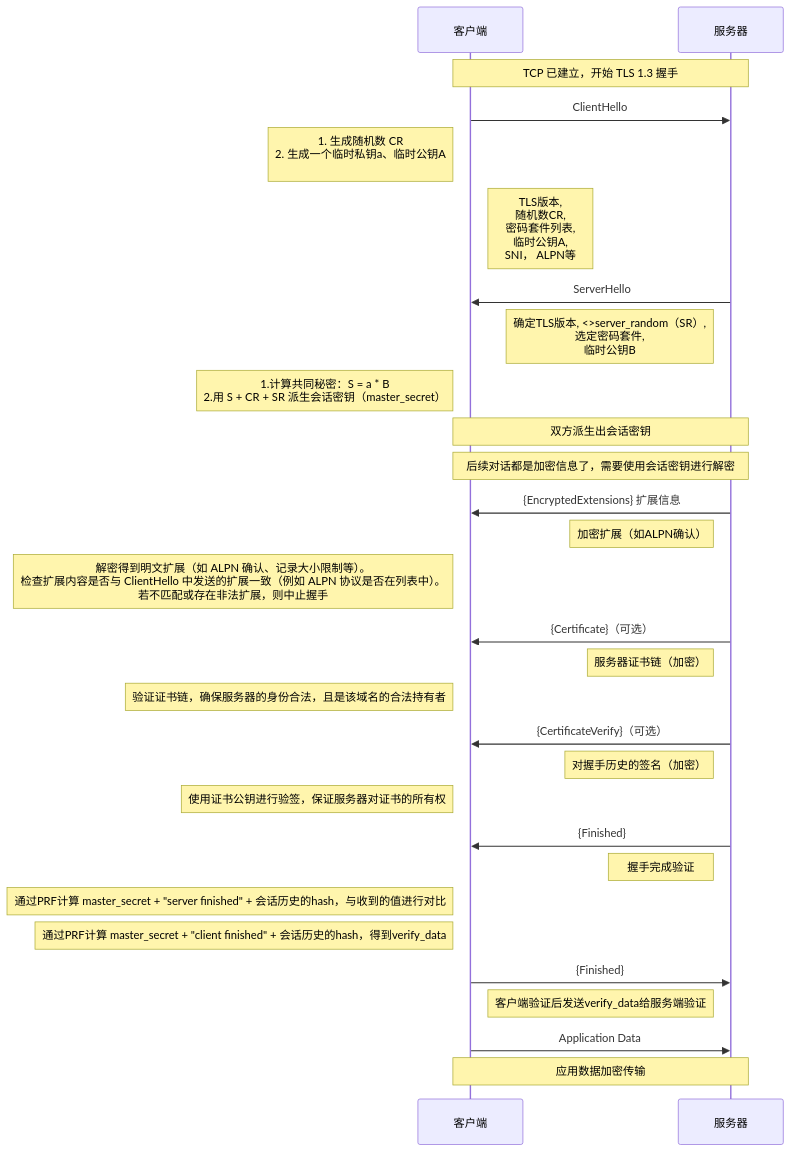
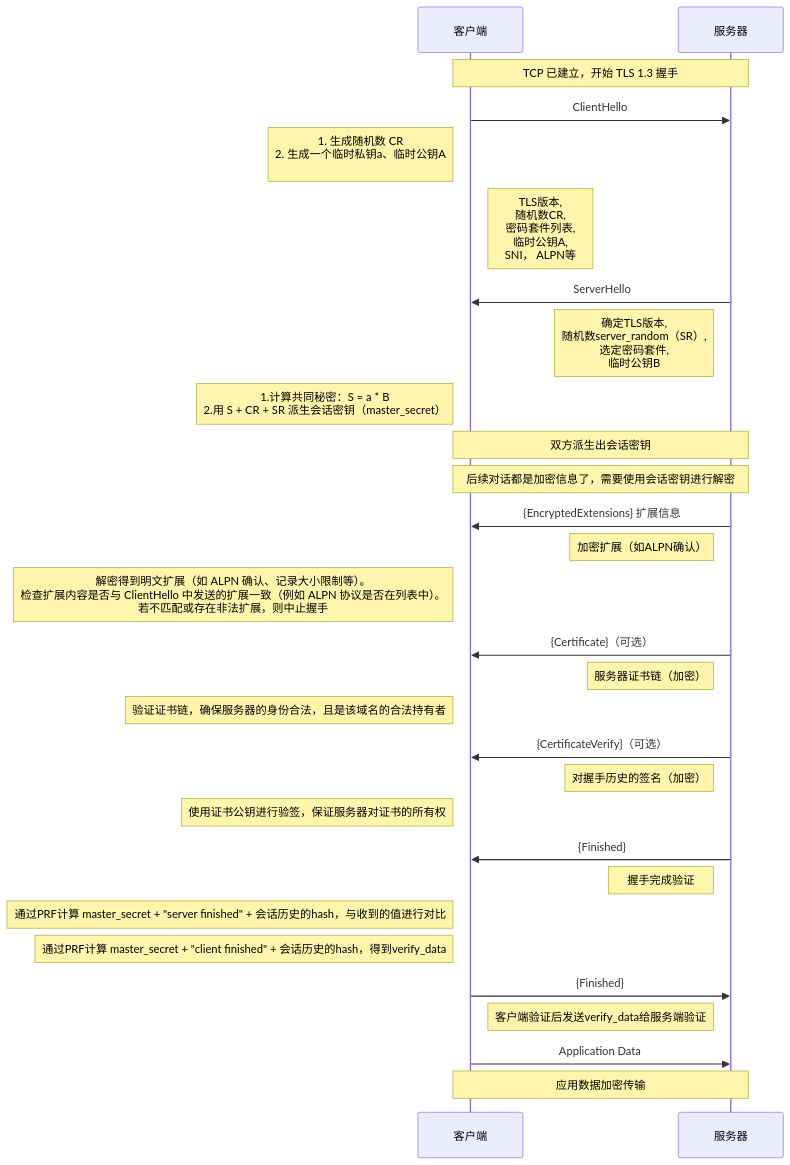
Before and after one commit to HY-10-8/iodraw-files: the diagram in all/TLS-1.3-通用.md, drawn with Mermaid.

Commit message:
2026-03-31 09:31:51 update

````diff
--- a/all/TLS-1.3-通用.md
+++ b/all/TLS-1.3-通用.md
@@ -1,41 +1,41 @@
 ```mermaid
 sequenceDiagram
     participant C as 客户端
     participant S as 服务器
 
     Note over C,S: TCP 已建立，开始 TLS 1.3 握手
 
     C->>S: ClientHello
     Note left of C: 1. 生成随机数 CR<br/> 2. 生成一个临时私钥a、临时公钥A<br/>
     Note right of C: TLS版本,<br/> 随机数CR,<br/> 密码套件列表,<br/> 临时公钥A,<br/> SNI， ALPN等
 
     S->>C: ServerHello
-    Note left of S: 确定TLS版本, <>server_random（SR）,<br/> 选定密码套件, <br/>临时公钥B
+    Note left of S: 确定TLS版本, <br/>随机数server_random（SR）,<br/> 选定密码套件, <br/>临时公钥B
     Note left of C: 1.计算共同秘密：S = a * B<br/> 2.用 S + CR + SR 派生会话密钥（master_secret）
 
     Note over C,S: 双方派生出会话密钥
     Note over C,S: 后续对话都是加密信息了，需要使用会话密钥进行解密
 
     S->>C: {EncryptedExtensions} 扩展信息
     Note left of S: 加密扩展（如ALPN确认）
     Note left of C: 解密得到明文扩展（如 ALPN 确认、记录大小限制等）。<br/>检查扩展内容是否与 ClientHello 中发送的扩展一致（例如 ALPN 协议是否在列表中）。<br/> 若不匹配或存在非法扩展，则中止握手
 
     S->>C: {Certificate}（可选）
     Note left of S: 服务器证书链（加密）
     Note left of C: 验证证书链，确保服务器的身份合法，且是该域名的合法持有者
 
     S->>C: {CertificateVerify}（可选）
     Note left of S: 对握手历史的签名（加密）
     Note left of C: 使用证书公钥进行验签，保证服务器对证书的所有权
 
     S->>C: {Finished}
     Note left of S: 握手完成验证
     Note left of C: 通过PRF计算 master_secret + "server finished" + 会话历史的hash，与收到的值进行对比
     Note left of C: 通过PRF计算 master_secret + "client finished" + 会话历史的hash，得到verify_data
 
     C->>S: {Finished}
     Note right of C: 客户端验证后发送verify_data给服务端验证
 
     C->>S: Application Data
     Note over C,S: 应用数据加密传输
 ```
````
